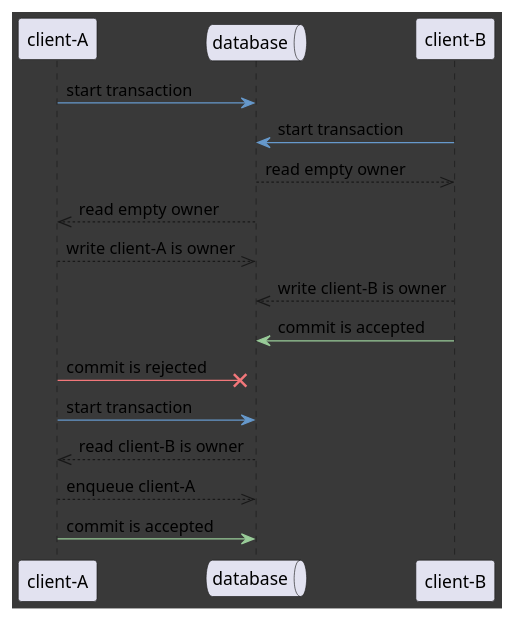
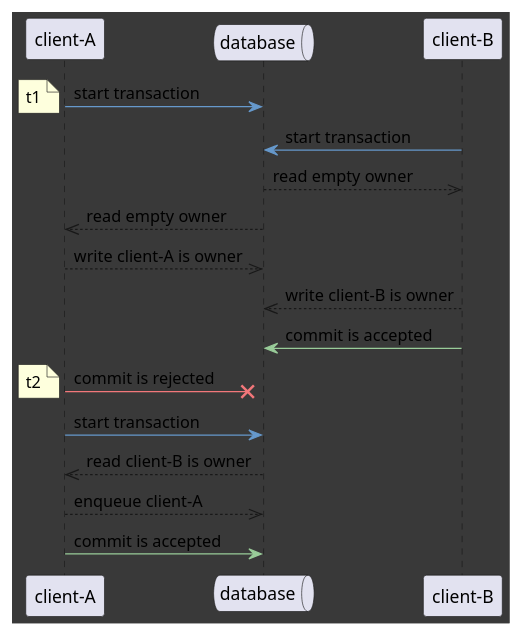
One commit to janderland/janderland changed the diagram in img/seq.puml. Above: the diagram before and after it, drawn with PlantUML. The commit also changed 1 other file, not shown here.

```diff
--- a/img/seq.puml
+++ b/img/seq.puml
@@ -1,46 +1,48 @@
 @startuml
 
 <style>
 document {
 	BackgroundColor #393939
 	LineColor #E8E6DF
 	FontColor #E8E6DF
 	FontName Roboto
 	Padding 10px
 }
 
 .success {
   LineColor #99cc99
 }
 
 .neutral {
   LineColor #6699cc
 }
 
 .failure {
   LineColor #f2777a
 }
 </style>
 
 participant "client-A"
 queue database
 participant "client-B"
 
 "client-A" -> database <<neutral>>: start transaction
+note left: t1
 "client-B" -> database <<neutral>>: start transaction
 
 "client-B" <<-- database: read empty owner 
 "client-A" <<-- database: read empty owner
 
 "client-A" -->> database: write client-A is owner
 "client-B" -->> database: write client-B is owner
 
 "client-B" -> database <<success>>: commit is accepted
 "client-A" -X database <<failure>>: commit is rejected 
+note left: t2
 
 "client-A" -> database <<neutral>>: start transaction
 "client-A" <<-- database: read client-B is owner
 "client-A" -->> database: enqueue client-A
 "client-A" -> database <<success>>: commit is accepted
 
 @enduml
```
